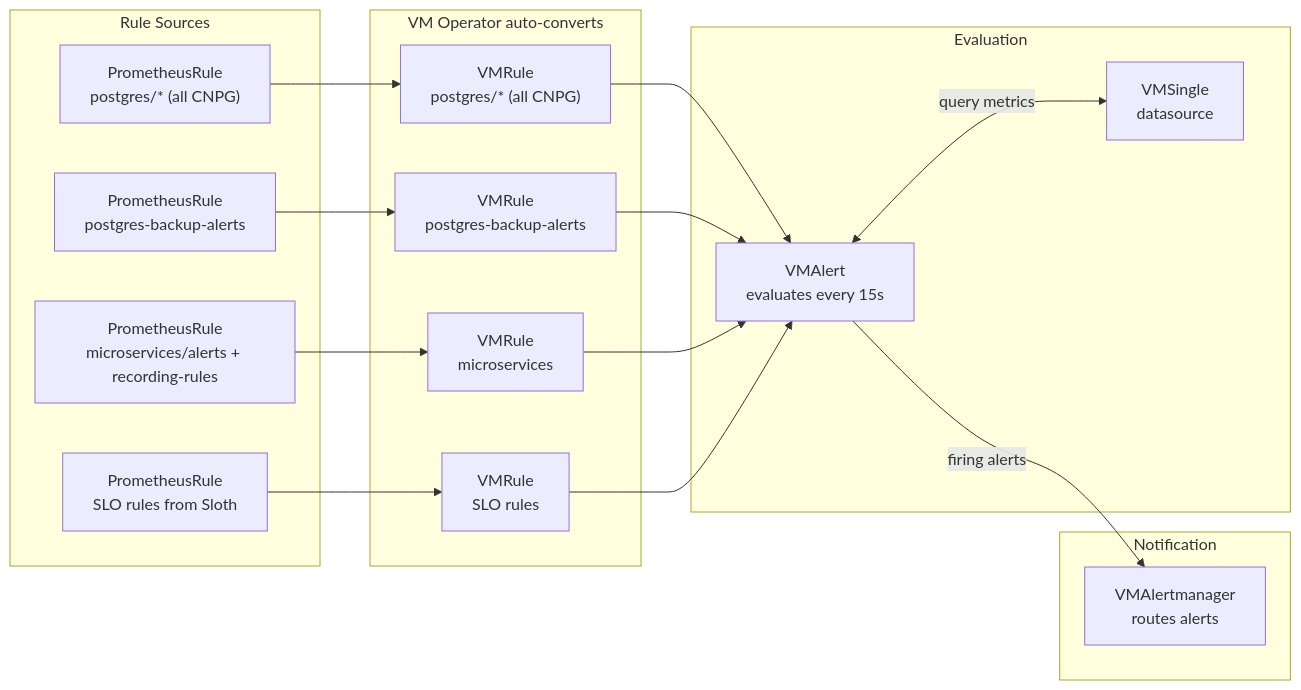
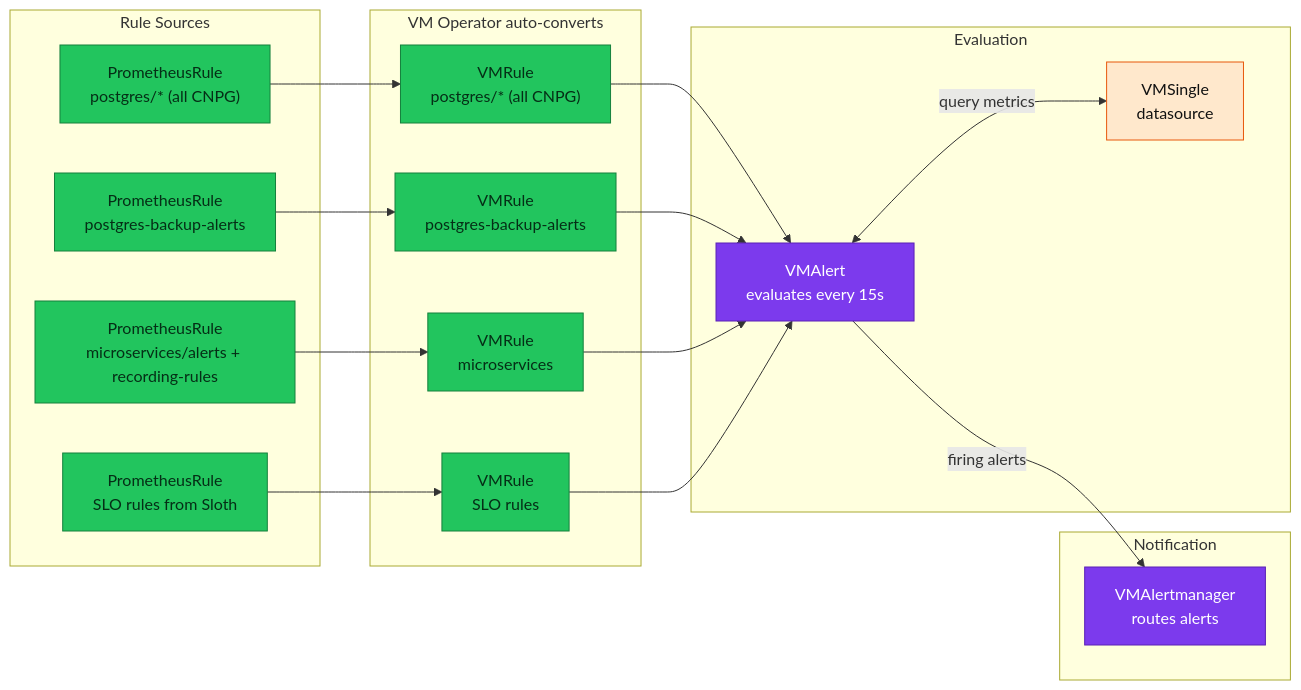
Before and after one commit to duynhlab/homelab: the fifth of 6 diagrams in docs/observability/metrics/victoriametrics.md, drawn with Mermaid. The commit also changed other lines of this file and 33 other files, not shown here.

First line of the commit message:
Refresh observability diagrams (#516)

````diff
--- a/docs/observability/metrics/victoriametrics.md
+++ b/docs/observability/metrics/victoriametrics.md
@@ -525,38 +585,51 @@
 ```mermaid
 flowchart LR
     subgraph rules ["Rule Sources"]
         PR1["PrometheusRule<br/>postgres/* (all CNPG)"]
         PR2["PrometheusRule<br/>postgres-backup-alerts"]
         PR3["PrometheusRule<br/>microservices/alerts + recording-rules"]
         SlothPR["PrometheusRule<br/>SLO rules from Sloth"]
     end
 
     subgraph autoConv2 ["VM Operator auto-converts"]
         VMR1["VMRule<br/>postgres/* (all CNPG)"]
         VMR2["VMRule<br/>postgres-backup-alerts"]
         VMR3["VMRule<br/>microservices"]
         VMR4["VMRule<br/>SLO rules"]
     end
 
     subgraph eval ["Evaluation"]
         VMAlert_f["VMAlert<br/>evaluates every 15s"]
         VMSingle_f2["VMSingle<br/>datasource"]
     end
 
     subgraph notify ["Notification"]
         VMAMgr_f["VMAlertmanager<br/>routes alerts"]
     end
 
     PR1 --> VMR1
     PR2 --> VMR2
     PR3 --> VMR3
     SlothPR --> VMR4
 
     VMR1 --> VMAlert_f
     VMR2 --> VMAlert_f
     VMR3 --> VMAlert_f
     VMR4 --> VMAlert_f
 
     VMAlert_f <-->|"query metrics"| VMSingle_f2
     VMAlert_f -->|"firing alerts"| VMAMgr_f
+
+    classDef service fill:#06b6d4,color:#082f49,stroke:#0e7490;
+    classDef edge fill:#2563eb,color:#fff,stroke:#1e3a8a;
+    classDef platform fill:#7c3aed,color:#fff,stroke:#5b21b6;
+    classDef external fill:#64748b,color:#fff,stroke:#334155;
+    classDef data fill:#22c55e,color:#052e16,stroke:#15803d;
+    classDef metric fill:#ffe8cc,color:#111,stroke:#e8590c;
+    classDef log fill:#d3f9d8,color:#111,stroke:#2f9e44;
+    classDef trace fill:#c5f6fa,color:#111,stroke:#0c8599;
+    classDef collector fill:#a5d8ff,color:#111,stroke:#1971c2;
+    class PR1,PR2,PR3,SlothPR,VMR1,VMR2,VMR3,VMR4 data;
+    class VMSingle_f2 metric;
+    class VMAlert_f,VMAMgr_f platform;
 ```
````
